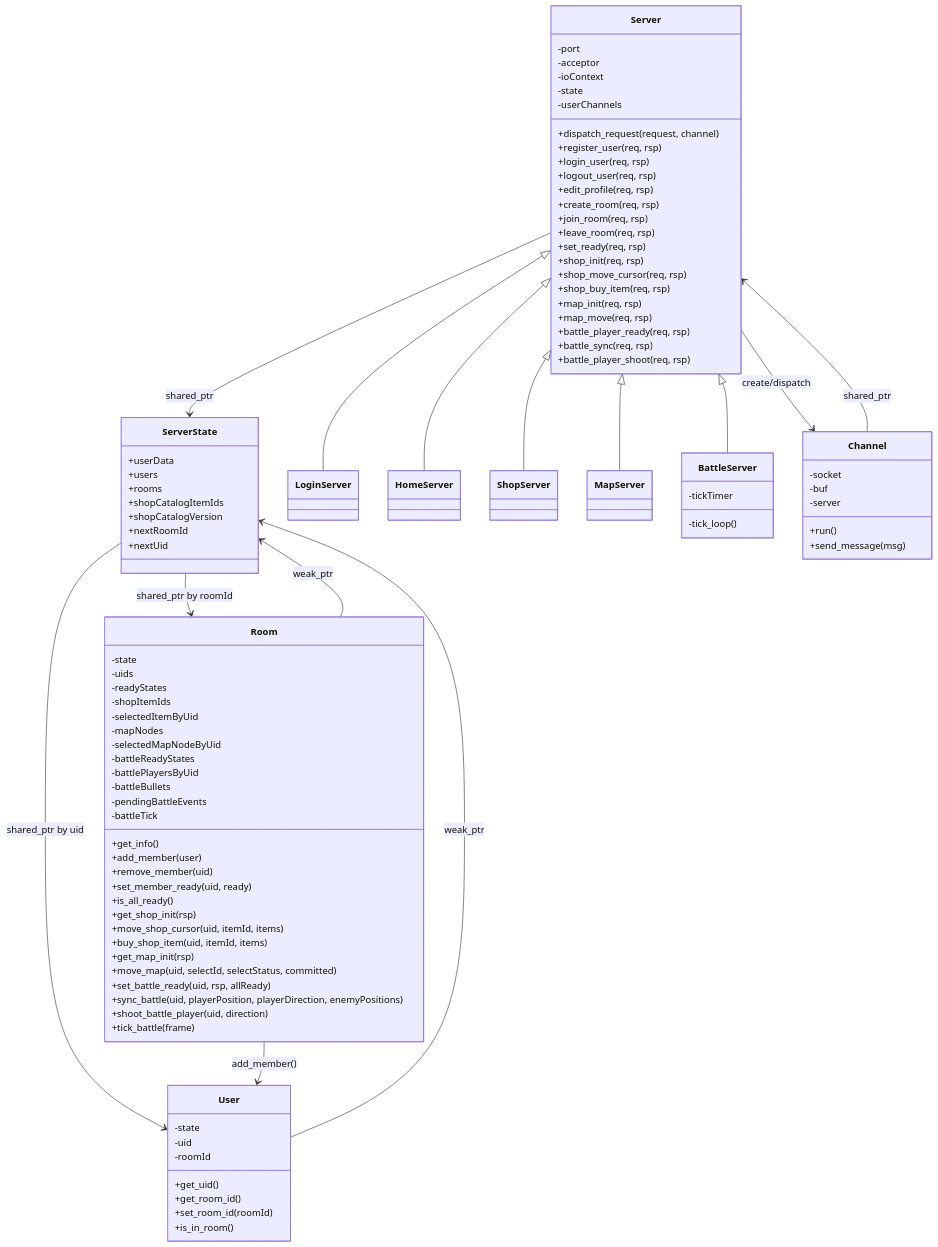
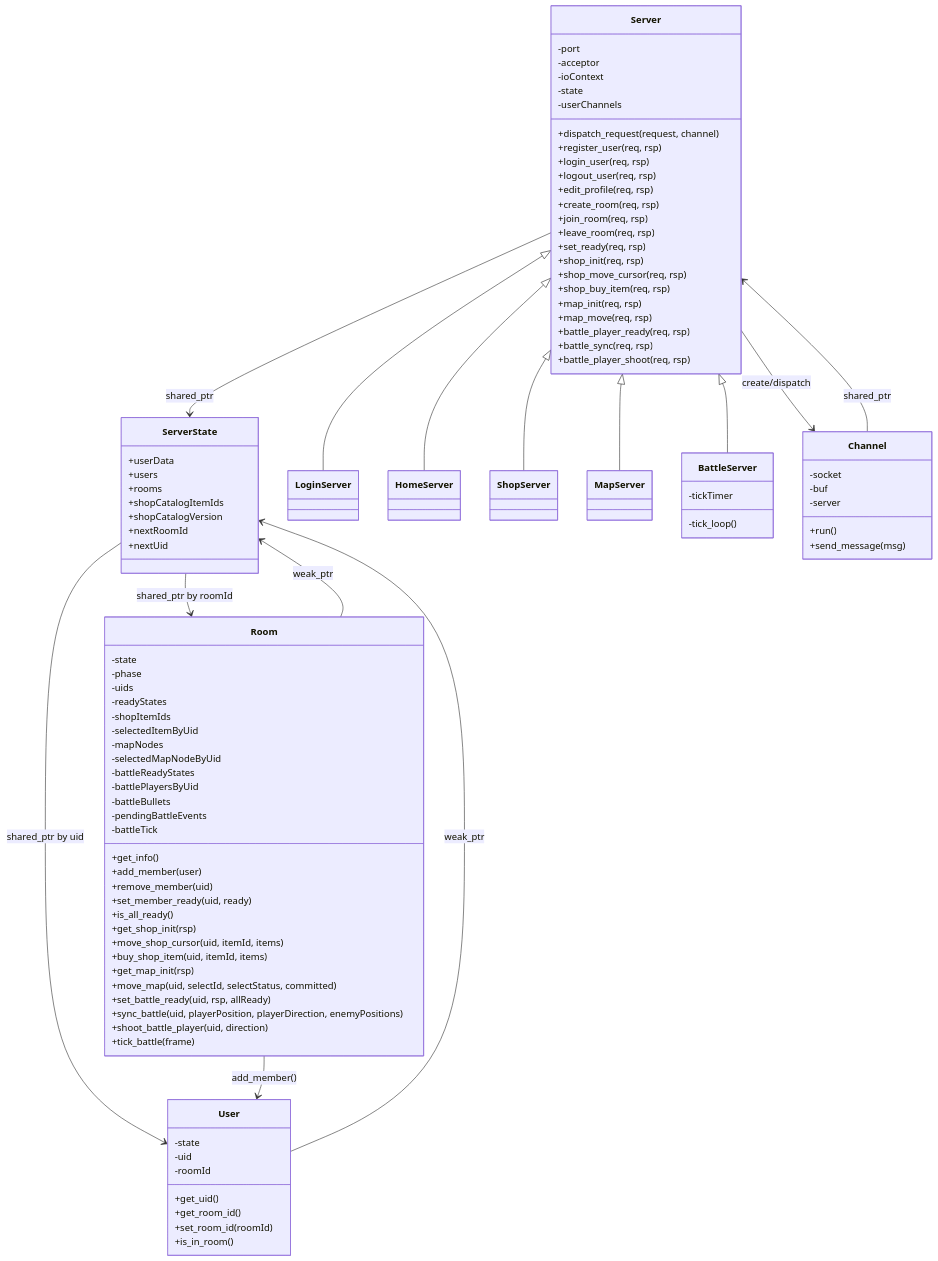
One commit to zaragoza-xu/server changed the diagram in docs/ARCHITECTURE.md. Above: the diagram before and after it, drawn with Mermaid. The commit also changed other lines of this file and 14 other files, not shown here.

```diff
--- a/docs/ARCHITECTURE.md
+++ b/docs/ARCHITECTURE.md
@@ -85,6 +85,7 @@
 
     class Room {
         -state
+        -phase
         -uids
         -readyStates
         -shopItemIds
```
